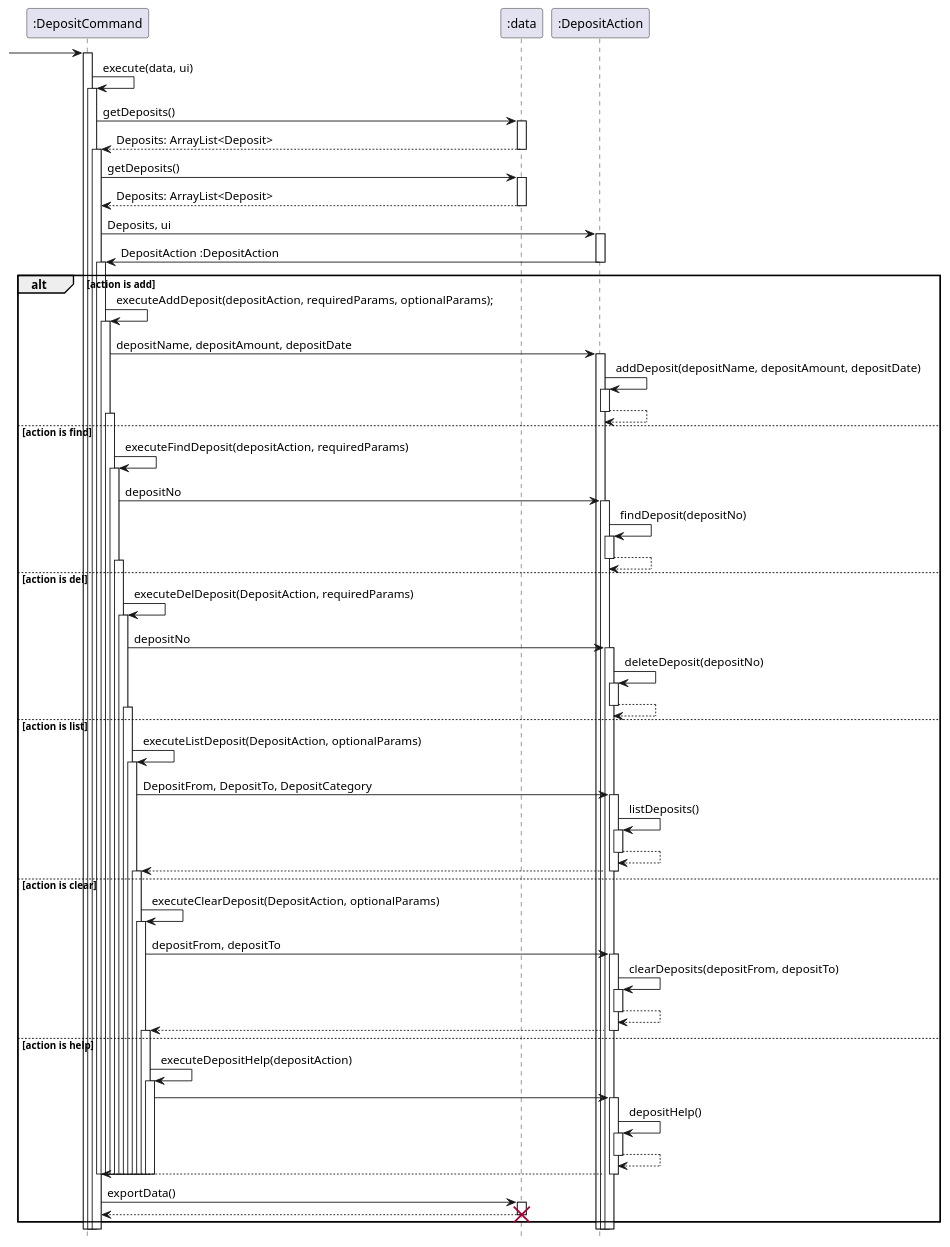
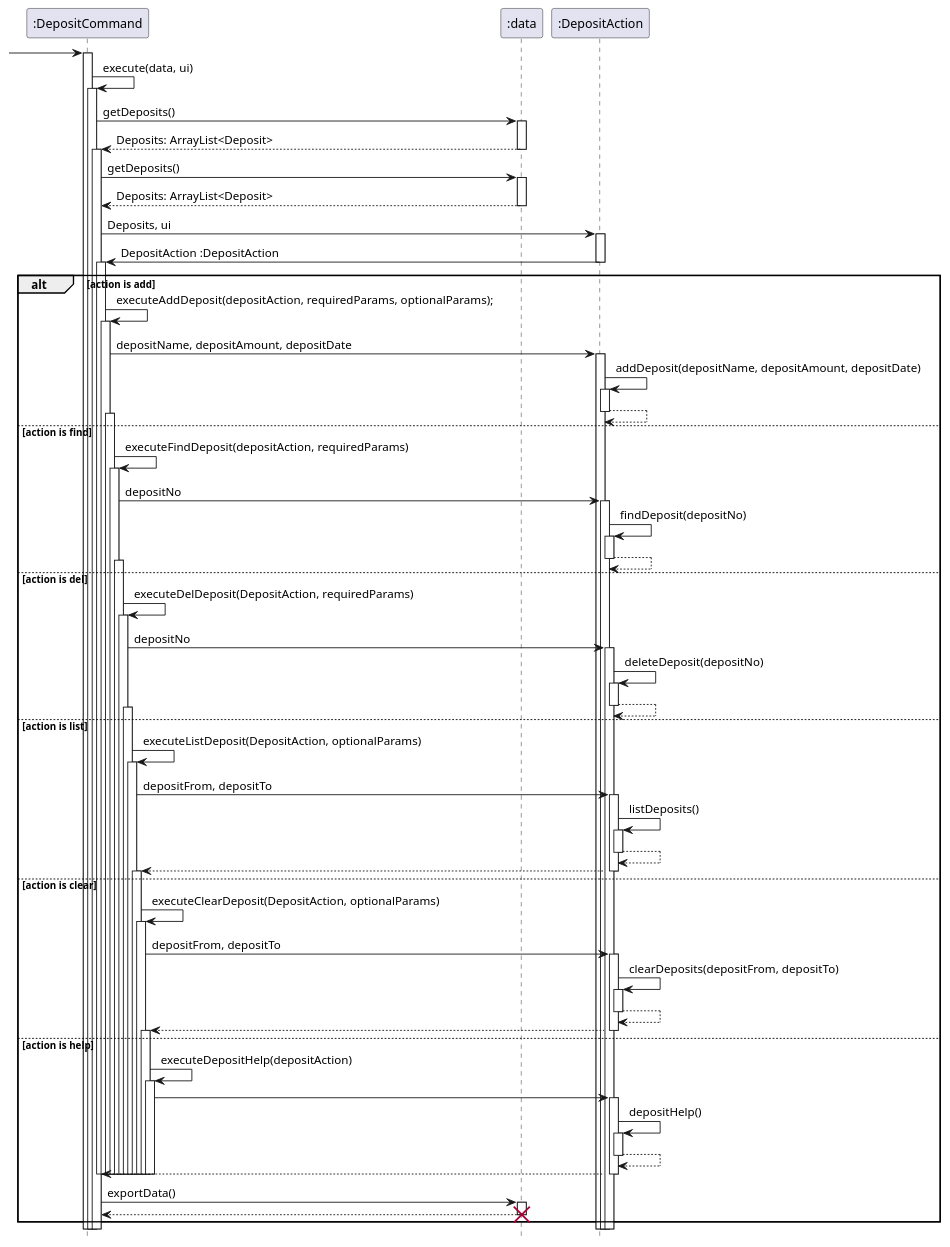
The diagram in docs/uml/DepositCommandSequence.puml (stephenkyang/tp), drawn with PlantUML before and after one commit.

Commit message:
Editted list sequence diagram.

```diff
--- a/docs/uml/DepositCommandSequence.puml
+++ b/docs/uml/DepositCommandSequence.puml
@@ -1,123 +1,123 @@
 @startuml
 
 hide footbox
 
  -> ":DepositCommand":
 
 activate ":DepositCommand"
 ":DepositCommand" -> ":DepositCommand": execute(data, ui)
 activate  ":DepositCommand"
 ":DepositCommand" -> ":data": getDeposits()
 activate ":data"
 return Deposits: ArrayList<Deposit>
 deactivate ":data"
 
 activate  ":DepositCommand"
 ":DepositCommand" -> ":data": getDeposits()
 activate ":data"
 return Deposits: ArrayList<Deposit>
 
 
 
 ":DepositCommand" -> ":DepositAction" : Deposits, ui
 activate ":DepositAction"
 ":DepositAction" -> ":DepositCommand" : DepositAction :DepositAction
 deactivate ":DepositAction"
 
 
 alt action is add
 activate  ":DepositCommand"
 ":DepositCommand" -> ":DepositCommand": executeAddDeposit(depositAction, requiredParams, optionalParams);
 activate ":DepositCommand"
 
 ":DepositCommand" -> ":DepositAction" : depositName, depositAmount, depositDate
 activate ":DepositAction"
 ":DepositAction" -> ":DepositAction" : addDeposit(depositName, depositAmount, depositDate)
 activate ":DepositAction"
 return
 
 
 else action is find
 activate  ":DepositCommand"
 ":DepositCommand" -> ":DepositCommand": executeFindDeposit(depositAction, requiredParams)
 activate ":DepositCommand"
 ":DepositCommand" -> ":DepositAction" : depositNo
 activate ":DepositAction"
 ":DepositAction" -> ":DepositAction" : findDeposit(depositNo)
 activate ":DepositAction"
 return
 
 
 else action is del
 activate  ":DepositCommand"
 ":DepositCommand" -> ":DepositCommand": executeDelDeposit(DepositAction, requiredParams)
 activate ":DepositCommand"
 ":DepositCommand" -> ":DepositAction" : depositNo
 activate ":DepositAction"
 ":DepositAction" -> ":DepositAction" : deleteDeposit(depositNo)
 activate ":DepositAction"
 return
 
 else action is list
 activate  ":DepositCommand"
 ":DepositCommand" -> ":DepositCommand": executeListDeposit(DepositAction, optionalParams)
 activate ":DepositCommand"
-":DepositCommand" -> ":DepositAction" : DepositFrom, DepositTo, DepositCategory
+":DepositCommand" -> ":DepositAction" : depositFrom, depositTo
 activate ":DepositAction"
 ":DepositAction" -> ":DepositAction" : listDeposits()
 activate ":DepositAction"
 return
 return
 
 
 else action is clear
 activate  ":DepositCommand"
 ":DepositCommand" -> ":DepositCommand": executeClearDeposit(DepositAction, optionalParams)
 activate ":DepositCommand"
 ":DepositCommand" -> ":DepositAction" : depositFrom, depositTo
 activate ":DepositAction"
 ":DepositAction" -> ":DepositAction" : clearDeposits(depositFrom, depositTo)
 activate ":DepositAction"
 return
 return
 
 
 else action is help
 activate  ":DepositCommand"
 ":DepositCommand" -> ":DepositCommand": executeDepositHelp(depositAction)
 activate ":DepositCommand"
 ":DepositCommand" -> ":DepositAction"
 activate ":DepositAction"
 ":DepositAction" -> ":DepositAction" : depositHelp()
 activate ":DepositAction"
 return
 return
 
 
 deactivate ":DepositCommand"
 deactivate ":DepositCommand"
 deactivate ":DepositCommand"
 deactivate ":DepositCommand"
 deactivate ":DepositCommand"
 deactivate ":DepositCommand"
 deactivate ":DepositCommand"
 deactivate ":DepositCommand"
 deactivate ":DepositCommand"
 deactivate ":DepositCommand"
 deactivate ":DepositCommand"
 deactivate ":DepositCommand"
 
 
 ":DepositCommand" -> ":data": exportData()
 activate ":data"
 return
 
 deactivate ":data"
 destroy ":data"
 
 
 end
 
 
 
 @enduml
```
